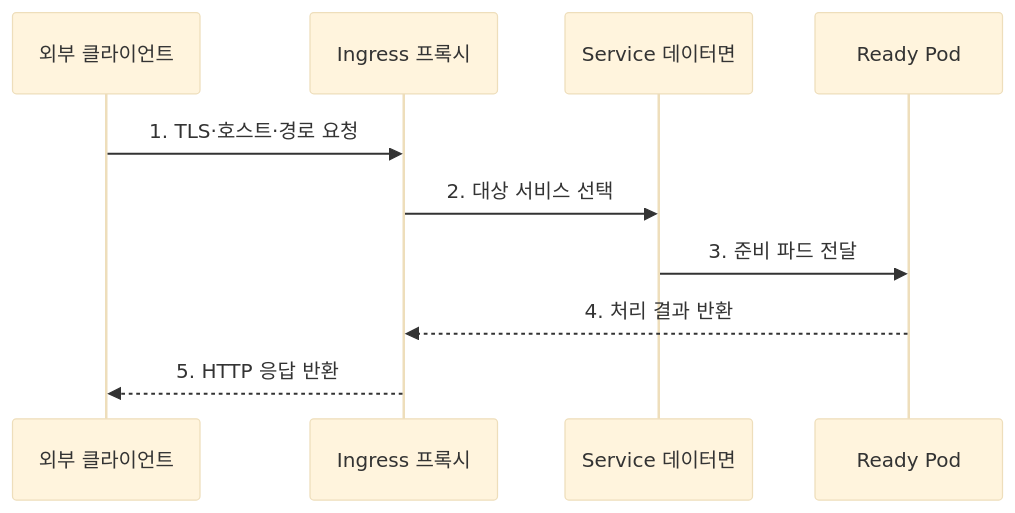
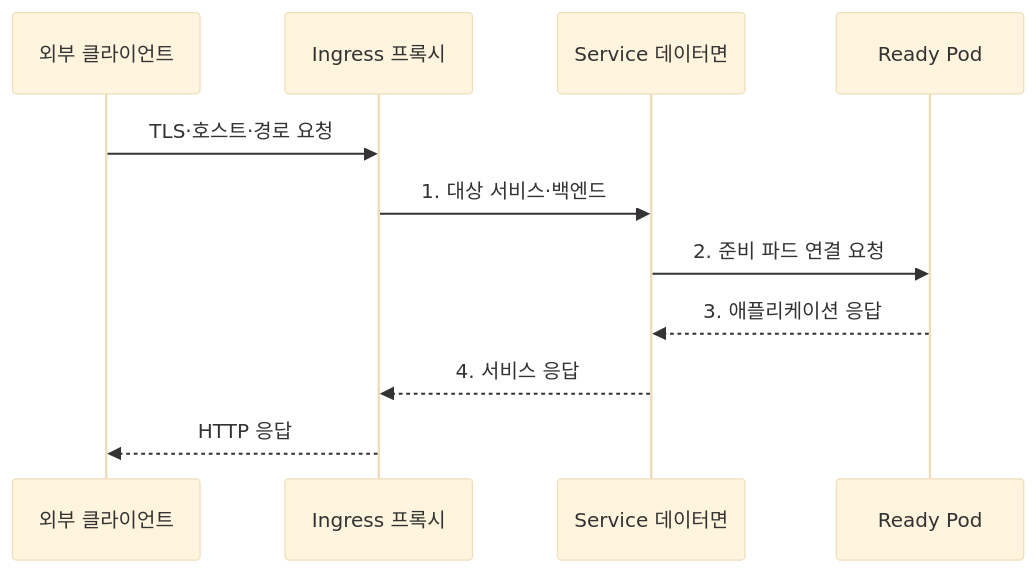
The second of 2 diagrams in src/content/docs/notes/03-software/155_kubernetes_service_ingress.md (agnusdei1207/knowledge-base), drawn with Mermaid (base theme) before and after one commit. The commit also changed other lines of this file and 20 other files, not shown here.

````diff
--- a/src/content/docs/notes/03-software/155_kubernetes_service_ingress.md
+++ b/src/content/docs/notes/03-software/155_kubernetes_service_ingress.md
@@ -87,12 +91,13 @@
 ```mermaid
 sequenceDiagram
     participant C as 외부 클라이언트
     participant I as Ingress 프록시
     participant S as Service 데이터면
     participant P as Ready Pod
-    C->>I: 1. TLS·호스트·경로 요청
-    I->>S: 2. 대상 서비스 선택
-    S->>P: 3. 준비 파드 전달
-    P-->>I: 4. 처리 결과 반환
-    I-->>C: 5. HTTP 응답 반환
+    C->>I: TLS·호스트·경로 요청
+    I->>S: 1. 대상 서비스·백엔드
+    S->>P: 2. 준비 파드 연결 요청
+    P-->>S: 3. 애플리케이션 응답
+    S-->>I: 4. 서비스 응답
+    I-->>C: HTTP 응답
 ```
````
